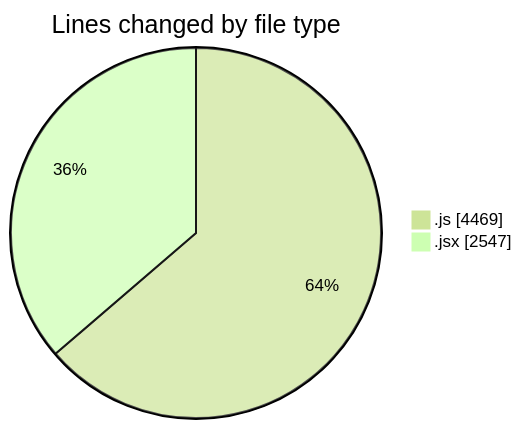
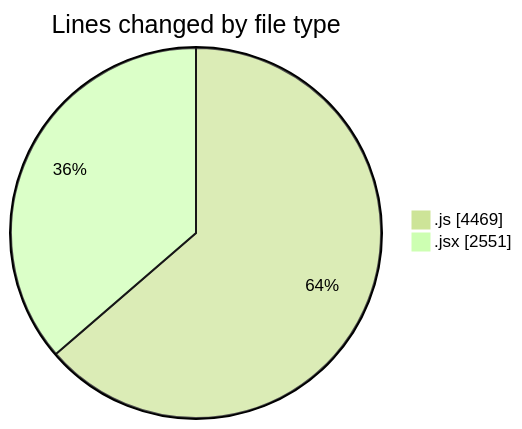
Before and after one commit to nxtqubesakshisongat/code-tracking: the first of 2 diagrams in 2025-08-13/nxtqube_webapp/README.md, drawn with Mermaid (forest theme). The commit also changed other lines of this file and 1 other file, not shown here.

````diff
--- a/2025-08-13/nxtqube_webapp/README.md
+++ b/2025-08-13/nxtqube_webapp/README.md
@@ -26,6 +26,6 @@
 ```mermaid
 pie showData
 title Lines changed by file type
 ".js" : 4469
-".jsx" : 2547
+".jsx" : 2551
 ```
````
